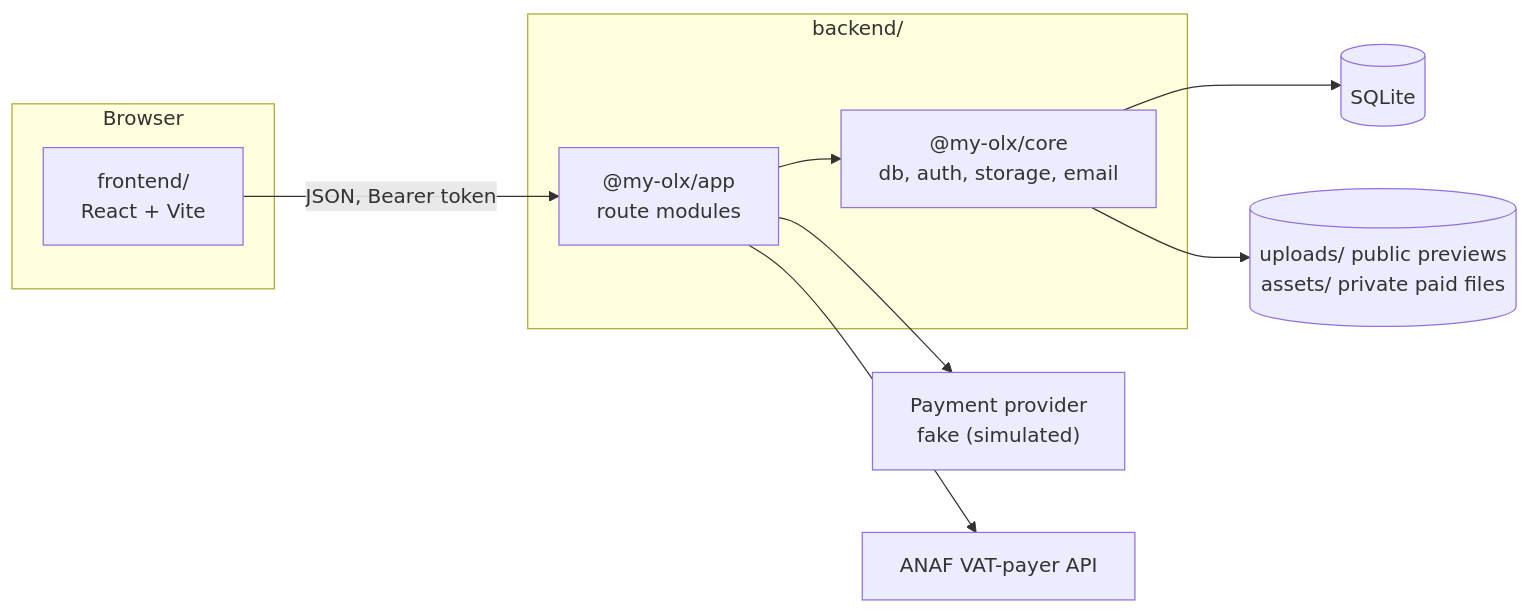
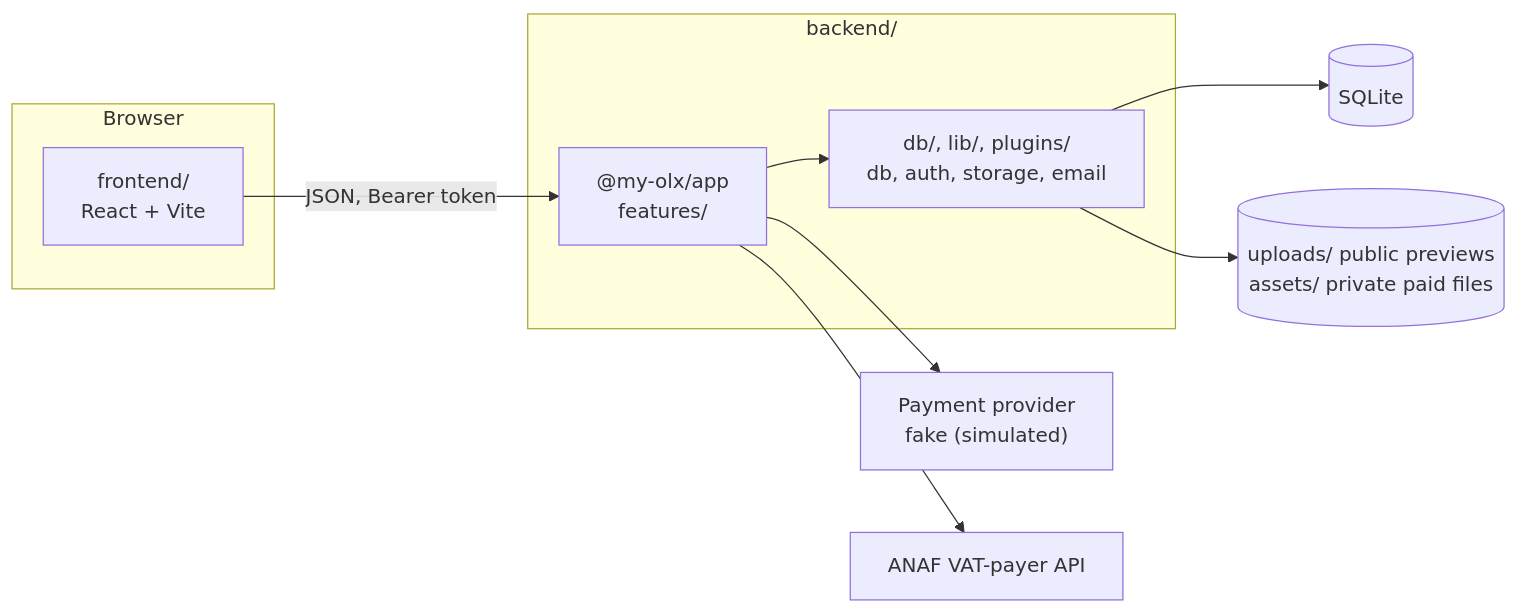
One commit to gandolh/comercial-website changed the diagram in docs/architecture.md. Above: the diagram before and after it, drawn with Mermaid. The commit also changed other lines of this file and 78 other files, not shown here.

First line of the commit message:
refactor(backend): fold backend/core into backend/app

````diff
--- a/docs/architecture.md
+++ b/docs/architecture.md
@@ -16,20 +17,20 @@
 ```mermaid
 flowchart LR
   subgraph browser["Browser"]
     web["frontend/<br/>React + Vite"]
   end
   subgraph api["backend/"]
-    app["@my-olx/app<br/>route modules"]
-    core["@my-olx/core<br/>db, auth, storage, email"]
+    app["@my-olx/app<br/>features/"]
+    core["db/, lib/, plugins/<br/>db, auth, storage, email"]
   end
   db[("SQLite")]
   disk[("uploads/ public previews<br/>assets/ private paid files")]
   psp["Payment provider<br/>fake (simulated)"]
   anaf["ANAF VAT-payer API"]
   web -- "JSON, Bearer token" --> app
   app --> core
   core --> db
   core --> disk
   app --> psp
   app --> anaf
 ```
````
